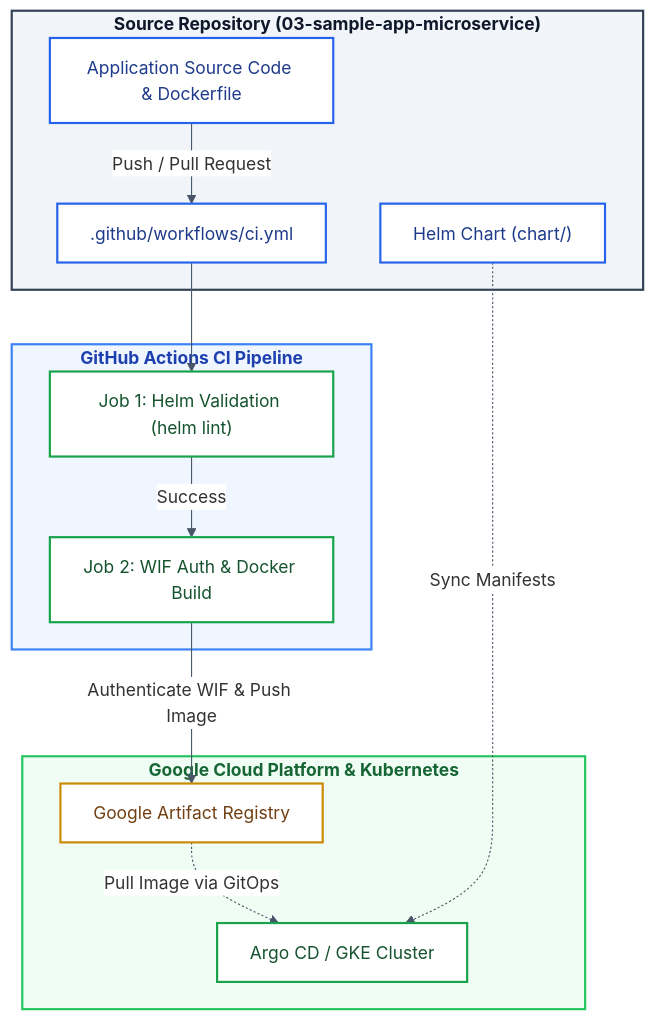
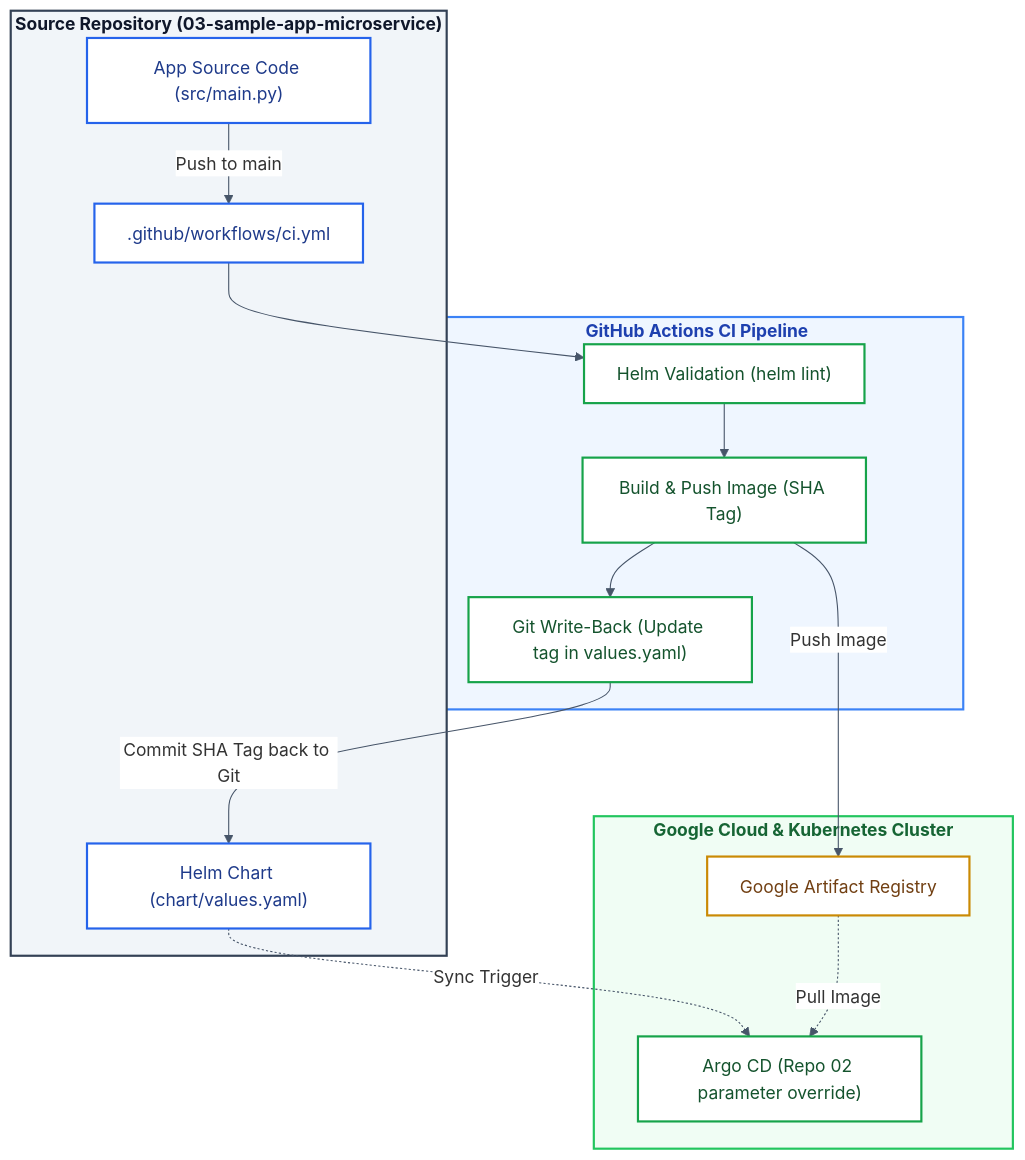
One commit to vladimir-evdokimov-pro/03-sample-app-microservice changed the diagram in README.md. Above: the diagram before and after it, drawn with Mermaid. The commit also changed other lines of this file, not shown here.

````diff
--- a/README.md
+++ b/README.md
@@ -31,44 +33,47 @@
 ```mermaid
 %%{
   init: {
     'theme': 'base',
     'themeVariables': {
       'primaryColor': '#ffffff',
       'primaryBorderColor': '#475569',
       'lineColor': '#475569',
       'textColor': '#0f172a'
     }
   }
 }%%
 graph TD
     style GITHUB fill:#f1f5f9,stroke:#334155,stroke-width:2px
     style CI fill:#eff6ff,stroke:#3b82f6,stroke-width:2px
     style GCP fill:#f0fdf4,stroke:#22c55e,stroke-width:2px
 
     classDef gitBlue fill:#ffffff,stroke:#2563eb,stroke-width:2px,color:#1e3a8a;
     classDef k8sGreen fill:#ffffff,stroke:#16a34a,stroke-width:2px,color:#14532d;
     classDef gcpYellow fill:#ffffff,stroke:#ca8a04,stroke-width:2px,color:#713f12;
 
     subgraph GITHUB["<font color='#0f172a'><b>Source Repository (03-sample-app-microservice)</b></font>"]
-        CODE["Application Source Code & Dockerfile"]:::gitBlue
-        HELM_CHART["Helm Chart (chart/)"]:::gitBlue
+        CODE["App Source Code (src/main.py)"]:::gitBlue
+        HELM_CHART["Helm Chart (chart/values.yaml)"]:::gitBlue
         WORKFLOW[".github/workflows/ci.yml"]:::gitBlue
     end
 
     subgraph CI["<font color='#1e40af'><b>GitHub Actions CI Pipeline</b></font>"]
-        JOB1["Job 1: Helm Validation (helm lint)"]:::k8sGreen
-        JOB2["Job 2: WIF Auth & Docker Build"]:::k8sGreen
+        JOB1["Helm Validation (helm lint)"]:::k8sGreen
+        JOB2["Build & Push Image (SHA Tag)"]:::k8sGreen
+        JOB3["Git Write-Back (Update tag in values.yaml)"]:::k8sGreen
     end
 
-    subgraph GCP["<font color='#166534'><b>Google Cloud Platform & Kubernetes</b></font>"]
+    subgraph GCP["<font color='#166534'><b>Google Cloud & Kubernetes Cluster</b></font>"]
         GAR["Google Artifact Registry"]:::gcpYellow
-        ARGOCD["Argo CD / GKE Cluster"]:::k8sGreen
+        ARGOCD["Argo CD (Repo 02 parameter override)"]:::k8sGreen
     end
 
-    CODE -->|Push / Pull Request| WORKFLOW
+    CODE -->|Push to main| WORKFLOW
     WORKFLOW --> JOB1
-    JOB1 -->|Success| JOB2
-    JOB2 -->|Authenticate WIF & Push Image| GAR
-    GAR -.->|Pull Image via GitOps| ARGOCD
-    HELM_CHART -.->|Sync Manifests| ARGOCD
+    JOB1 --> JOB2
+    JOB2 -->|Push Image| GAR
+    JOB2 --> JOB3
+    JOB3 -->|Commit SHA Tag back to Git| HELM_CHART
+    HELM_CHART -.->|Sync Trigger| ARGOCD
+    GAR -.->|Pull Image| ARGOCD
 ```
````
